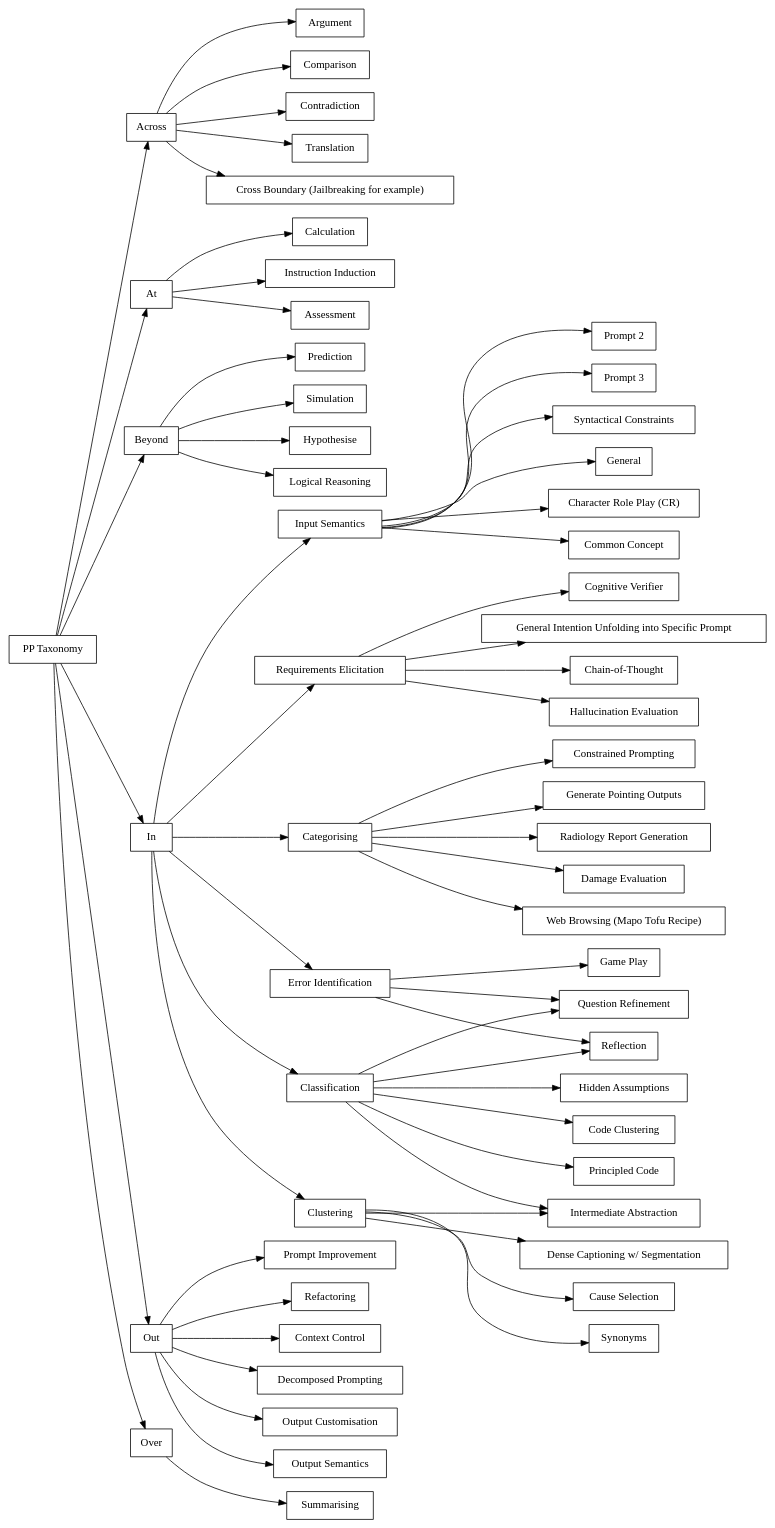
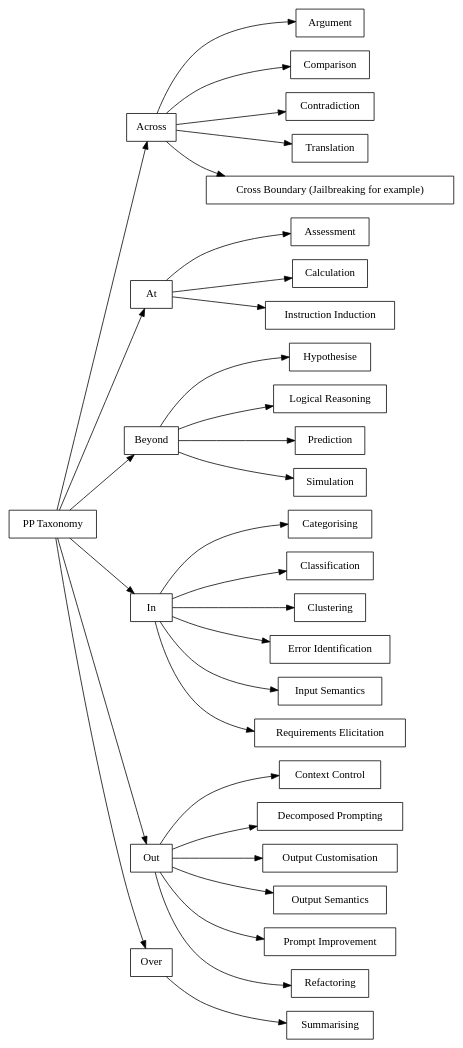
The diagram in graphvizFiles/categorisation.dot (timhaintz/PromptEngineering), drawn with Graphviz before and after one commit. The commit also changed 2 other files, not shown here.

```diff
--- a/graphvizFiles/categorisation.dot
+++ b/graphvizFiles/categorisation.dot
@@ -1,63 +1,35 @@
 digraph G {
     rankdir="LR";
     node [shape=box];
     "PP Taxonomy" -> "Across";
     "PP Taxonomy" -> "At";
     "PP Taxonomy" -> "Beyond";
     "PP Taxonomy" -> "In";
     "PP Taxonomy" -> "Out";
     "PP Taxonomy" -> "Over";
     "Across" -> "Argument";
     "Across" -> "Comparison";
     "Across" -> "Contradiction";
     "Across" -> "Translation";
     "Across" -> "Cross Boundary (Jailbreaking for example)";
     "At" -> "Assessment";
     "At" -> "Calculation";
     "At" -> "Instruction Induction";
     "Beyond" -> "Hypothesise";
     "Beyond" -> "Logical Reasoning";
     "Beyond" -> "Prediction";
     "Beyond" -> "Simulation";
     "In" -> "Categorising";
-    "Categorising" -> "Constrained Prompting";
-    "Categorising" -> "Generate Pointing Outputs";
-    "Categorising" -> "Radiology Report Generation";
-    "Categorising" -> "Damage Evaluation";
-    "Categorising" -> "Web Browsing (Mapo Tofu Recipe)";
     "In" -> "Classification";
-    "Classification" -> "Question Refinement";
-    "Classification" -> "Code Clustering";
-    "Classification" -> "Intermediate Abstraction";
-    "Classification" -> "Principled Code";
-    "Classification" -> "Hidden Assumptions";
-    "Classification" -> "Reflection";
     "In" -> "Clustering";
-    "Clustering" -> "Cause Selection";
-    "Clustering" -> "Synonyms";
-    "Clustering" -> "Intermediate Abstraction";
-    "Clustering" -> "Dense Captioning w/ Segmentation";
     "In" -> "Error Identification";
-    "Error Identification" -> "Question Refinement";
-    "Error Identification" -> "Reflection";
-    "Error Identification" -> "Game Play";
     "In" -> "Input Semantics";
-    "Input Semantics" -> "Character Role Play (CR)";
-    "Input Semantics" -> "Common Concept";
-    "Input Semantics" -> "Prompt 2";
-    "Input Semantics" -> "Prompt 3";
-    "Input Semantics" -> "Syntactical Constraints";
-    "Input Semantics" -> "General";
     "In" -> "Requirements Elicitation";
-    "Requirements Elicitation" -> "Cognitive Verifier";
-    "Requirements Elicitation" -> "General Intention Unfolding into Specific Prompt";
-    "Requirements Elicitation" -> "Chain-of-Thought";
-    "Requirements Elicitation" -> "Hallucination Evaluation";
     "Out" -> "Context Control";
     "Out" -> "Decomposed Prompting";
     "Out" -> "Output Customisation";
     "Out" -> "Output Semantics";
     "Out" -> "Prompt Improvement";
     "Out" -> "Refactoring";
     "Over" -> "Summarising";
 }
```
